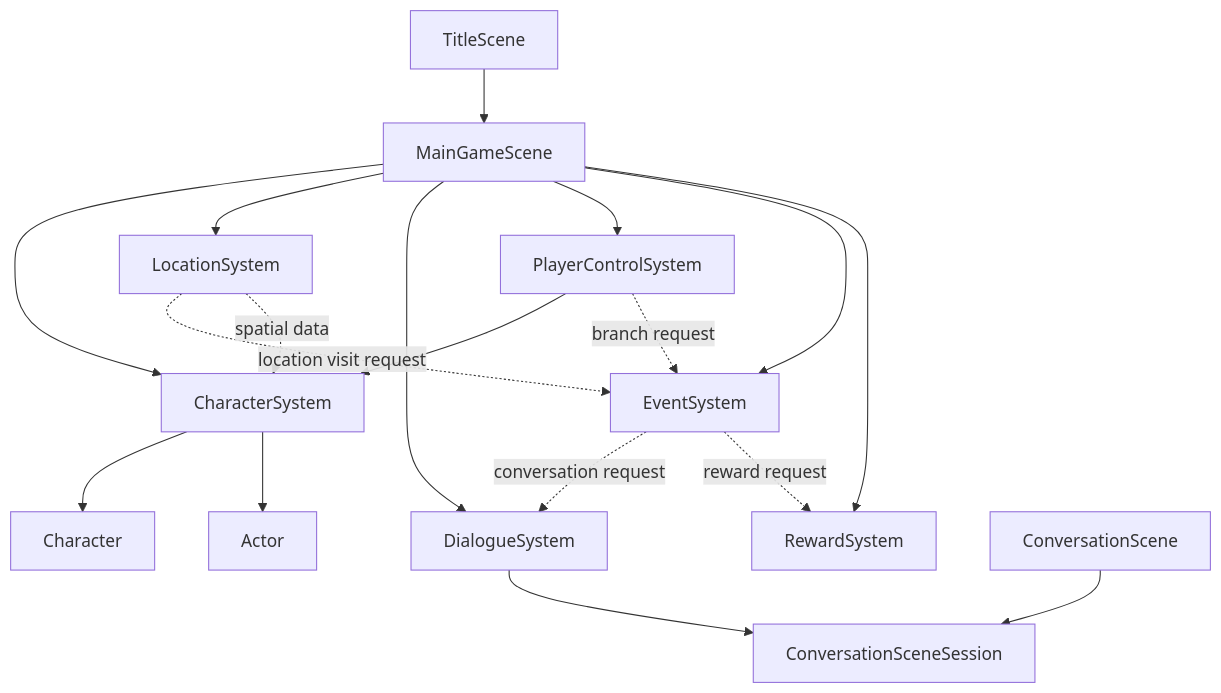
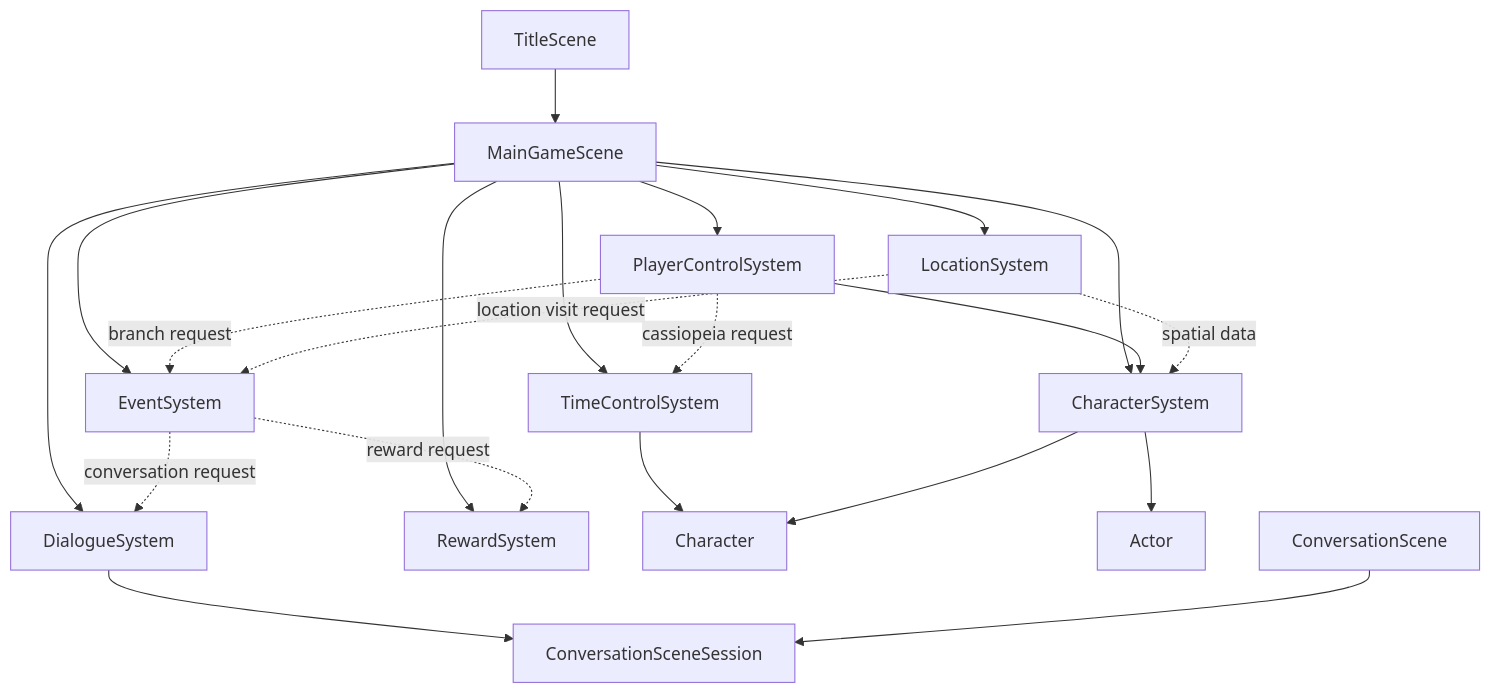
The diagram in docs/詳細設計/ドメイン/シーン/README.md (hachimitu22/negima-festival), drawn with Mermaid before and after one commit. The commit also changed other lines of this file and 14 other files, not shown here.

Commit message:
refactor: TimeControlSystem 化

````diff
--- a/docs/詳細設計/ドメイン/シーン/README.md
+++ b/docs/詳細設計/ドメイン/シーン/README.md
@@ -20,20 +21,23 @@
 ```mermaid
 flowchart TB
   TitleScene --> MainGameScene
   MainGameScene --> CharacterSystem
   MainGameScene --> LocationSystem
   MainGameScene --> DialogueSystem
   MainGameScene --> PlayerControlSystem
   MainGameScene --> EventSystem
   MainGameScene --> RewardSystem
+  MainGameScene --> TimeControlSystem
   PlayerControlSystem --> CharacterSystem
   PlayerControlSystem -. branch request .-> EventSystem
+  PlayerControlSystem -. cassiopeia request .-> TimeControlSystem
   LocationSystem -. location visit request .-> EventSystem
   LocationSystem -. spatial data .-> CharacterSystem
   EventSystem -. conversation request .-> DialogueSystem
   EventSystem -. reward request .-> RewardSystem
+  TimeControlSystem --> Character
   CharacterSystem --> Character
   CharacterSystem --> Actor
   DialogueSystem --> ConversationSceneSession
   ConversationScene --> ConversationSceneSession
 ```
````
